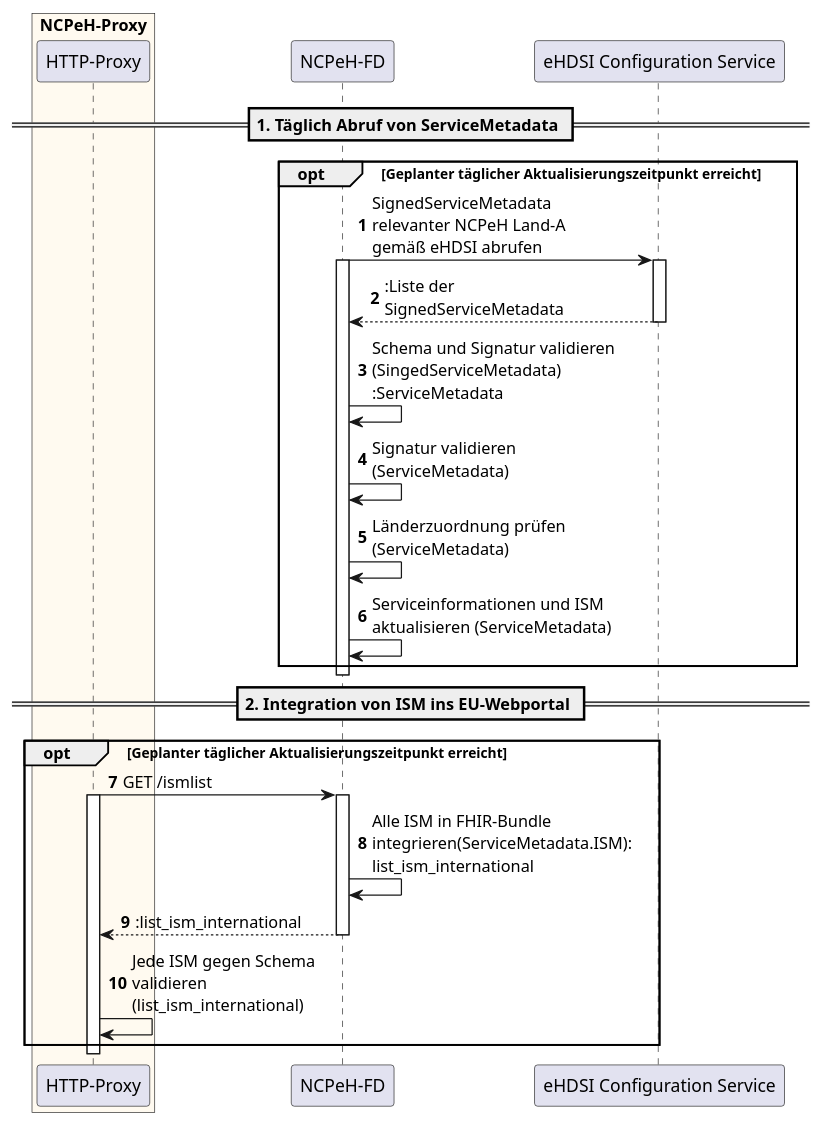
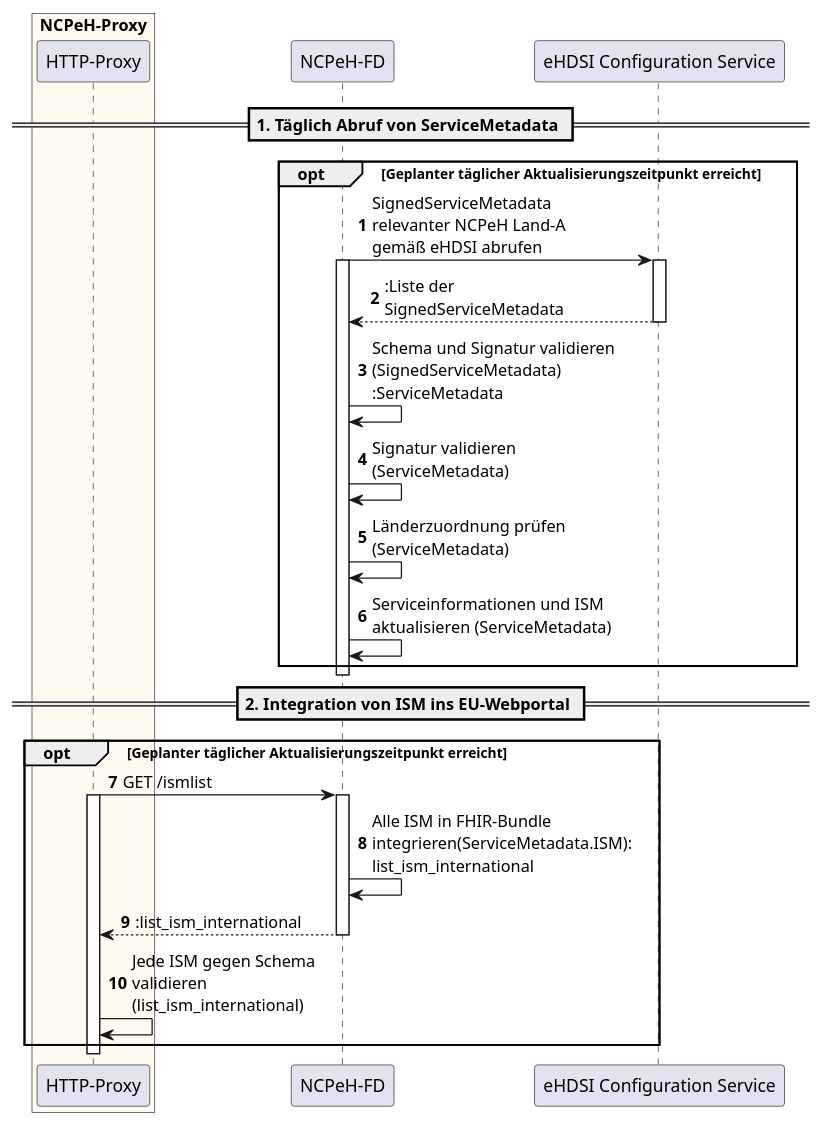
The diagram in src/images/feature/eped-b/functional/ISM_bereitstellen.puml (gematik/api-ncpeh), drawn with PlantUML before and after one commit. The commit also changed 5 other files, not shown here.

```diff
--- a/src/images/feature/eped-b/functional/ISM_bereitstellen.puml
+++ b/src/images/feature/eped-b/functional/ISM_bereitstellen.puml
@@ -1,39 +1,39 @@
-@startuml ISM bereiststellen
+@startuml ISM bereitstellen
 
 skinparam maxMessageSize 200
 autonumber
 
 box "NCPeH-Proxy" #FloralWhite
     participant "HTTP-Proxy" as Proxy
 end box
 participant "NCPeH-FD" as NCPeH
 participant "eHDSI Configuration Service" as ConfServ
 
 == 1. Täglich Abruf von ServiceMetadata ==
 opt Geplanter täglicher Aktualisierungszeitpunkt erreicht
     NCPeH -> ConfServ: SignedServiceMetadata relevanter NCPeH Land-A gemäß eHDSI abrufen
     activate NCPeH 
     activate ConfServ
 
     ConfServ --> NCPeH: :Liste der SignedServiceMetadata
     deactivate ConfServ
 
-    NCPeH -> NCPeH: Schema und Signatur validieren (SingedServiceMetadata) :ServiceMetadata
+    NCPeH -> NCPeH: Schema und Signatur validieren (SignedServiceMetadata) :ServiceMetadata
     NCPeH -> NCPeH: Signatur validieren (ServiceMetadata)
     NCPeH -> NCPeH: Länderzuordnung prüfen (ServiceMetadata)
     NCPeH -> NCPeH: Serviceinformationen und ISM aktualisieren (ServiceMetadata)
 end
 deactivate NCPeH
 
 == 2. Integration von ISM ins EU-Webportal ==
 opt Geplanter täglicher Aktualisierungszeitpunkt erreicht
     Proxy -> NCPeH: GET /ismlist
     activate Proxy
     activate NCPeH
     NCPeH -> NCPeH: Alle ISM in FHIR-Bundle integrieren(ServiceMetadata.ISM): list_ism_international
     NCPeH --> Proxy: :list_ism_international
     deactivate NCPeH
     Proxy -> Proxy: Jede ISM gegen Schema validieren (list_ism_international)
 end
 deactivate Proxy
 @enduml
```
